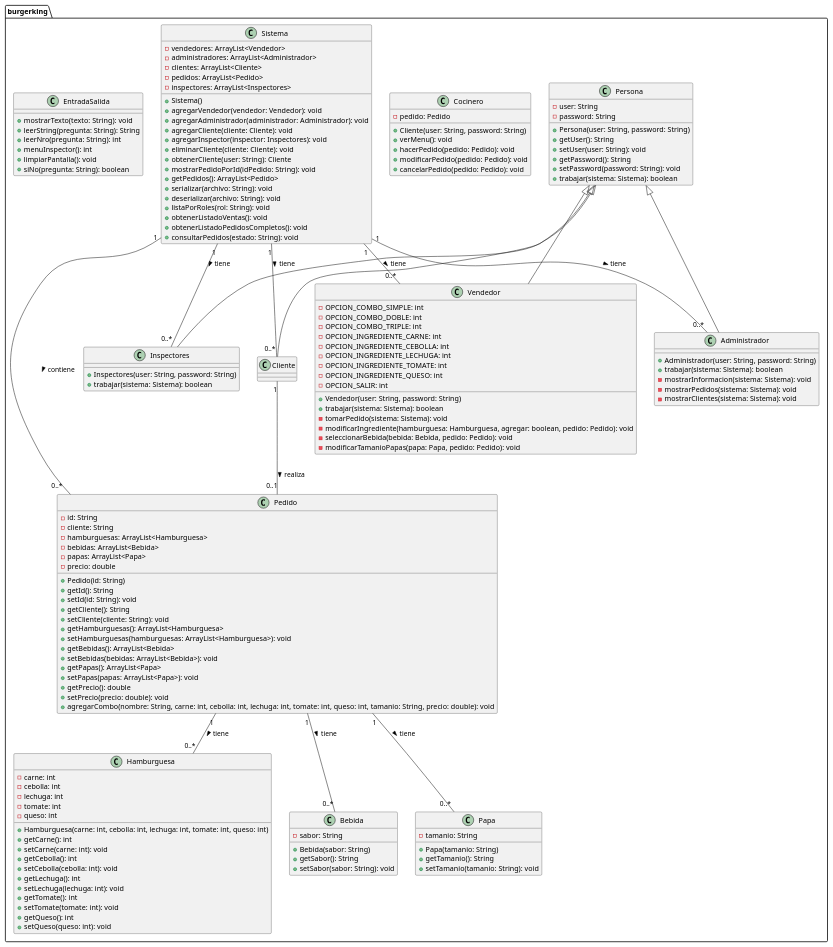
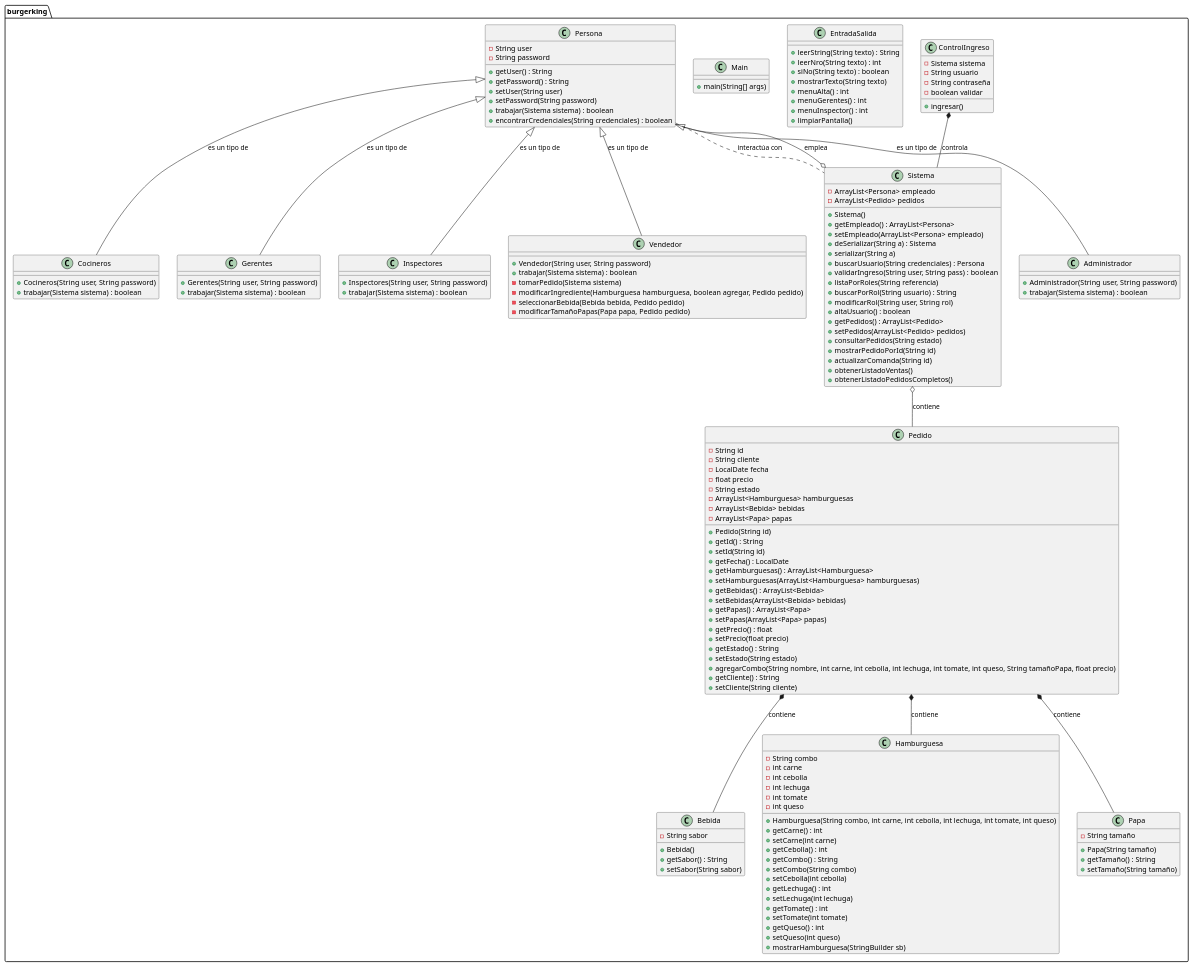
Before and after one commit to Ariel-GR/BurgerKing: the diagram in build/classes/Diagramas/umlClases.puml, drawn with PlantUML. The commit also changed 1 other file, not shown here.

Commit message:
diagrama de clases

```diff
--- a/build/classes/Diagramas/umlClases.puml
+++ b/build/classes/Diagramas/umlClases.puml
@@ -1,169 +1,174 @@
 @startuml
 
 package burgerking {
     
+    class Administrador {
+        +Administrador(String user, String password)
+        +trabajar(Sistema sistema) : boolean
+    }
+
+    class Bebida {
+        -String sabor
+        +Bebida()
+        +getSabor() : String
+        +setSabor(String sabor)
+    }
+
+    class Cocineros {
+        +Cocineros(String user, String password)
+        +trabajar(Sistema sistema) : boolean
+    }
+
+    class ControlIngreso {
+        -Sistema sistema
+        -String usuario
+        -String contraseña
+        -boolean validar
+        +ingresar()
+    }
+
+    class EntradaSalida {
+        +leerString(String texto) : String
+        +leerNro(String texto) : int
+        +siNo(String texto) : boolean
+        +mostrarTexto(String texto)
+        +menuAlta() : int
+        +menuGerentes() : int
+        +menuInspector() : int
+        +limpiarPantalla()
+    }
+
+    class Gerentes {
+        +Gerentes(String user, String password)
+        +trabajar(Sistema sistema) : boolean
+    }
+
+    class Hamburguesa {
+        -String combo
+        -int carne
+        -int cebolla
+        -int lechuga
+        -int tomate
+        -int queso
+        +Hamburguesa(String combo, int carne, int cebolla, int lechuga, int tomate, int queso)
+        +getCarne() : int
+        +setCarne(int carne)
+        +getCebolla() : int
+        +getCombo() : String
+        +setCombo(String combo)
+        +setCebolla(int cebolla)
+        +getLechuga() : int
+        +setLechuga(int lechuga)
+        +getTomate() : int
+        +setTomate(int tomate)
+        +getQueso() : int
+        +setQueso(int queso)
+        +mostrarHamburguesa(StringBuilder sb)
+    }
+
+    class Inspectores {
+        +Inspectores(String user, String password)
+        +trabajar(Sistema sistema) : boolean
+    }
+
+    class Main {
+        +main(String[] args)
+    }
+
+    class Papa {
+        -String tamaño
+        +Papa(String tamaño)
+        +getTamaño() : String
+        +setTamaño(String tamaño)
+    }
+
+    class Pedido {
+        -String id
+        -String cliente
+        -LocalDate fecha
+        -float precio
+        -String estado
+        -ArrayList<Hamburguesa> hamburguesas
+        -ArrayList<Bebida> bebidas
+        -ArrayList<Papa> papas
+        +Pedido(String id)
+        +getId() : String
+        +setId(String id)
+        +getFecha() : LocalDate
+        +getHamburguesas() : ArrayList<Hamburguesa>
+        +setHamburguesas(ArrayList<Hamburguesa> hamburguesas)
+        +getBebidas() : ArrayList<Bebida>
+        +setBebidas(ArrayList<Bebida> bebidas)
+        +getPapas() : ArrayList<Papa>
+        +setPapas(ArrayList<Papa> papas)
+        +getPrecio() : float
+        +setPrecio(float precio)
+        +getEstado() : String
+        +setEstado(String estado)
+        +agregarCombo(String nombre, int carne, int cebolla, int lechuga, int tomate, int queso, String tamañoPapa, float precio)
+        +getCliente() : String
+        +setCliente(String cliente)
+    }
+
     class Persona {
-        - user: String
-        - password: String
-        
-        + Persona(user: String, password: String)
-        + getUser(): String
-        + setUser(user: String): void
-        + getPassword(): String
-        + setPassword(password: String): void
-        + trabajar(sistema: Sistema): boolean
+        -String user
+        -String password
+        +getUser() : String
+        +getPassword() : String
+        +setUser(String user)
+        +setPassword(String password)
+        +trabajar(Sistema sistema) : boolean
+        +encontrarCredenciales(String credenciales) : boolean
+    }
+
+    class Sistema {
+        -ArrayList<Persona> empleado
+        -ArrayList<Pedido> pedidos
+        +Sistema()
+        +getEmpleado() : ArrayList<Persona>
+        +setEmpleado(ArrayList<Persona> empleado)
+        +deSerializar(String a) : Sistema
+        +serializar(String a)
+        +buscarUsuario(String credenciales) : Persona
+        +validarIngreso(String user, String pass) : boolean
+        +listaPorRoles(String referencia)
+        +buscarPorRol(String usuario) : String
+        +modificarRol(String user, String rol)
+        +altaUsuario() : boolean
+        +getPedidos() : ArrayList<Pedido>
+        +setPedidos(ArrayList<Pedido> pedidos)
+        +consultarPedidos(String estado)
+        +mostrarPedidoPorId(String id)
+        +actualizarComanda(String id)
+        +obtenerListadoVentas()
+        +obtenerListadoPedidosCompletos()
     }
 
     class Vendedor {
-        - OPCION_COMBO_SIMPLE: int
-        - OPCION_COMBO_DOBLE: int
-        - OPCION_COMBO_TRIPLE: int
-        - OPCION_INGREDIENTE_CARNE: int
-        - OPCION_INGREDIENTE_CEBOLLA: int
-        - OPCION_INGREDIENTE_LECHUGA: int
-        - OPCION_INGREDIENTE_TOMATE: int
-        - OPCION_INGREDIENTE_QUESO: int
-        - OPCION_SALIR: int
-        
-        + Vendedor(user: String, password: String)
-        + trabajar(sistema: Sistema): boolean
-        - tomarPedido(sistema: Sistema): void
-        - modificarIngrediente(hamburguesa: Hamburguesa, agregar: boolean, pedido: Pedido): void
-        - seleccionarBebida(bebida: Bebida, pedido: Pedido): void
-        - modificarTamanioPapas(papa: Papa, pedido: Pedido): void
+        +Vendedor(String user, String password)
+        +trabajar(Sistema sistema) : boolean
+        -tomarPedido(Sistema sistema)
+        -modificarIngrediente(Hamburguesa hamburguesa, boolean agregar, Pedido pedido)
+        -seleccionarBebida(Bebida bebida, Pedido pedido)
+        -modificarTamañoPapas(Papa papa, Pedido pedido)
     }
 
-    class Administrador {
-        + Administrador(user: String, password: String)
-        + trabajar(sistema: Sistema): boolean
-        - mostrarInformacion(sistema: Sistema): void
-        - mostrarPedidos(sistema: Sistema): void
-        - mostrarClientes(sistema: Sistema): void
-    }
+    Persona <|-- Cocineros : "es un tipo de"
+    Persona <|-- Gerentes : "es un tipo de"
+    Persona <|-- Inspectores : "es un tipo de"
+    Persona <|-- Vendedor : "es un tipo de"
+    Persona <|-- Administrador : "es un tipo de"
 
-    class Cocinero {
-        - pedido: Pedido
-        
-        + Cliente(user: String, password: String)
-        + verMenu(): void
-        + hacerPedido(pedido: Pedido): void
-        + modificarPedido(pedido: Pedido): void
-        + cancelarPedido(pedido: Pedido): void
-    }
+    Pedido *-- Hamburguesa : "contiene"
+    Pedido *-- Bebida : "contiene"
+    Pedido *-- Papa : "contiene"
+    Sistema o-- Persona : "emplea"
+    Sistema o-- Pedido : "contiene"
+    ControlIngreso *-- Sistema : "controla"
+    Persona .. Sistema : "interactúa con"
 
-    class Inspectores {
-        + Inspectores(user: String, password: String)
-        + trabajar(sistema: Sistema): boolean
-    }
+}
 
-    class Sistema {
-        - vendedores: ArrayList<Vendedor>
-        - administradores: ArrayList<Administrador>
-        - clientes: ArrayList<Cliente>
-        - pedidos: ArrayList<Pedido>
-        - inspectores: ArrayList<Inspectores>
-        
-        + Sistema()
-        + agregarVendedor(vendedor: Vendedor): void
-        + agregarAdministrador(administrador: Administrador): void
-        + agregarCliente(cliente: Cliente): void
-        + agregarInspector(inspector: Inspectores): void
-        + eliminarCliente(cliente: Cliente): void
-        + obtenerCliente(user: String): Cliente
-        + mostrarPedidoPorId(idPedido: String): void
-        + getPedidos(): ArrayList<Pedido>
-        + serializar(archivo: String): void
-        + deserializar(archivo: String): void
-        + listaPorRoles(rol: String): void
-        + obtenerListadoVentas(): void
-        + obtenerListadoPedidosCompletos(): void
-        + consultarPedidos(estado: String): void
-    }
 
-    class Pedido {
-        - id: String
-        - cliente: String
-        - hamburguesas: ArrayList<Hamburguesa>
-        - bebidas: ArrayList<Bebida>
-        - papas: ArrayList<Papa>
-        - precio: double
-        
-        + Pedido(id: String)
-        + getId(): String
-        + setId(id: String): void
-        + getCliente(): String
-        + setCliente(cliente: String): void
-        + getHamburguesas(): ArrayList<Hamburguesa>
-        + setHamburguesas(hamburguesas: ArrayList<Hamburguesa>): void
-        + getBebidas(): ArrayList<Bebida>
-        + setBebidas(bebidas: ArrayList<Bebida>): void
-        + getPapas(): ArrayList<Papa>
-        + setPapas(papas: ArrayList<Papa>): void
-        + getPrecio(): double
-        + setPrecio(precio: double): void
-        + agregarCombo(nombre: String, carne: int, cebolla: int, lechuga: int, tomate: int, queso: int, tamanio: String, precio: double): void
-    }
-
-    class Hamburguesa {
-        - carne: int
-        - cebolla: int
-        - lechuga: int
-        - tomate: int
-        - queso: int
-        
-        + Hamburguesa(carne: int, cebolla: int, lechuga: int, tomate: int, queso: int)
-        + getCarne(): int
-        + setCarne(carne: int): void
-        + getCebolla(): int
-        + setCebolla(cebolla: int): void
-        + getLechuga(): int
-        + setLechuga(lechuga: int): void
-        + getTomate(): int
-        + setTomate(tomate: int): void
-        + getQueso(): int
-        + setQueso(queso: int): void
-    }
-
-    class Bebida {
-        - sabor: String
-        
-        + Bebida(sabor: String)
-        + getSabor(): String
-        + setSabor(sabor: String): void
-    }
-
-    class Papa {
-        - tamanio: String
-        
-        + Papa(tamanio: String)
-        + getTamanio(): String
-        + setTamanio(tamanio: String): void
-    }
-
-    class EntradaSalida {
-        + mostrarTexto(texto: String): void
-        + leerString(pregunta: String): String
-        + leerNro(pregunta: String): int
-        + menuInspector(): int
-        + limpiarPantalla(): void
-        + siNo(pregunta: String): boolean
-    }
-
-    ' Relaciones
-    Persona <|-- Vendedor
-    Persona <|-- Administrador
-    Persona <|-- Cliente
-    Persona <|-- Inspectores
-    
-    Sistema "1" -- "0..*" Vendedor : tiene >
-    Sistema "1" -- "0..*" Administrador : tiene >
-    Sistema "1" -- "0..*" Cliente : tiene >
-    Sistema "1" -- "0..*" Inspectores : tiene >
-    Sistema "1" -- "0..*" Pedido : contiene >
-    Pedido "1" -- "0..*" Hamburguesa : tiene >
-    Pedido "1" -- "0..*" Bebida : tiene >
-    Pedido "1" -- "0..*" Papa : tiene >
-    
-    Cliente "1" -- "0..1" Pedido : realiza >
 
 @enduml
```
